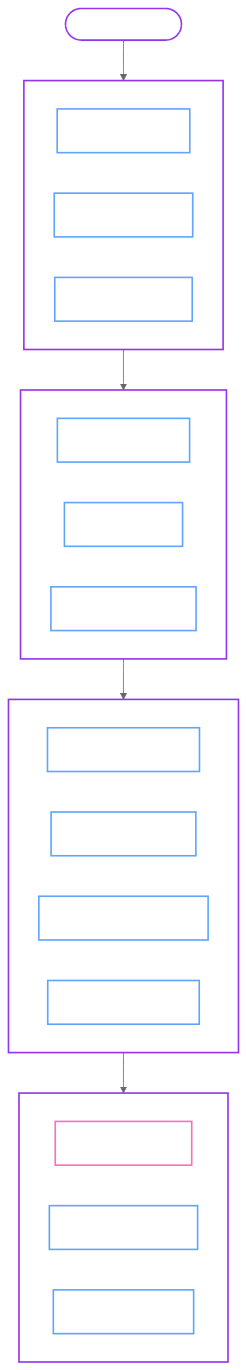
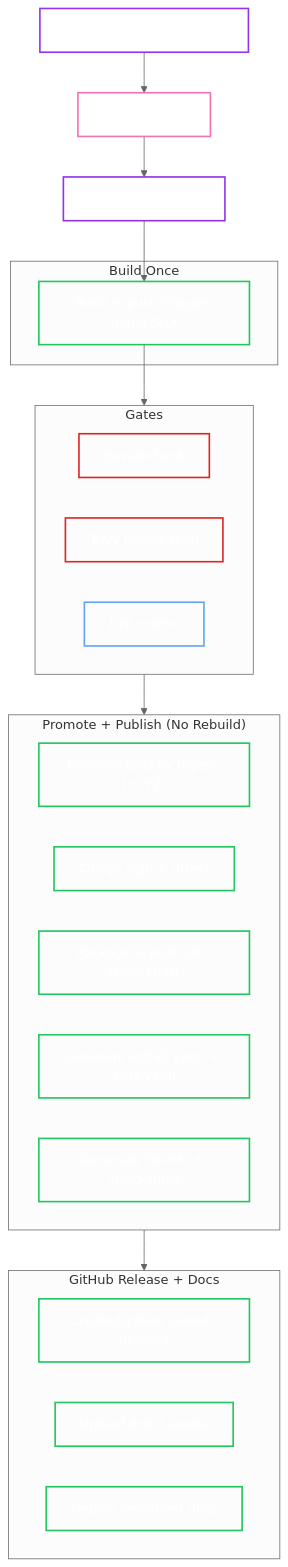
The diagram in docs/contributing/release-management.md (dc-tec/openbao-operator), drawn with Mermaid (neutral theme) before and after one commit. The commit also changed other lines of this file and 89 other files, not shown here.

Commit message:
chore(release/ci/helm): harden Helm/CI release and smoke flows; standardize image naming (#87)

````diff
--- a/docs/contributing/release-management.md
+++ b/docs/contributing/release-management.md
@@ -9,42 +65,47 @@
 ```mermaid
 graph TD
-    Start([Manual Trigger]) --> Build
-    
-    subgraph Build [Build Phase]
-        Img[Build Images]
-        Tag[Tag: build-sha]
-        Scan[Security Scan]
+    RP[Merge release-please PR] --> GitTag[Git tag: X.Y.Z]
+
+    GitTag --> Prepare[Prepare variables]
+
+    subgraph Build [Build Once]
+        Img[Build + push images :build-SHA]
     end
 
-    subgraph Gate [Quality Gate]
-        Vuln[Govulncheck]
-        Test[E2E Matrix]
-        Compat[Config Compat]
+    subgraph Gate [Gates]
+        Vuln[govulncheck]
+        Scan[Trivy image scan]
+        Test[E2E matrix]
     end
 
-    subgraph Promote [Promotion Phase]
-        Retag[Retag by Digest]
-        Sign[Cosign Signing]
-        Chart[Package OCI Chart]
-        SBOM[Generate SBOM]
+    subgraph Promote ["Promote + Publish (No Rebuild)"]
+        Retag["Promote tags by digest (:X.Y.Z)"]
+        Sign[Cosign sign + attest]
+        Chart[Package + push OCI Helm chart]
+        Manifests[Generate install.yaml + crds.yaml]
+        SBOM[Generate SBOMs + checksums]
     end
 
-    subgraph Publish [Public Release]
-        Git[Git Tag vX.Y.Z]
-        GH[GitHub Release]
-        Asset[Upload Assets]
+    subgraph Publish [GitHub Release + Docs]
+        GH[Create/Update GitHub Release]
+        Assets[Upload dist/* assets]
+        Docs[Deploy versioned docs]
     end
 
-    Build --> Gate
+    Prepare --> Img
+    Img --> Gate
     Gate --> Promote
     Promote --> Publish
 
     classDef process fill:transparent,stroke:#9333ea,stroke-width:2px,color:#fff;
     classDef read fill:transparent,stroke:#60a5fa,stroke-width:2px,color:#fff;
     classDef write fill:transparent,stroke:#22c55e,stroke-width:2px,color:#fff;
+    classDef security fill:transparent,stroke:#dc2626,stroke-width:2px,color:#fff;
     classDef git fill:transparent,stroke:#f472b6,stroke-width:2px,color:#fff;
     
-    class Start,Build,Gate,Promote,Publish process;
-    class Img,Tag,Scan,Vuln,Test,Compat,Retag,Sign,Chart,SBOM,GH,Asset read;
-    class Git git;
+    class RP,Prepare process;
+    class GitTag git;
+    class Img,Retag,Sign,Chart,Manifests,SBOM,GH,Assets,Docs write;
+    class Vuln,Scan security;
+    class Test read;
 ```
````
